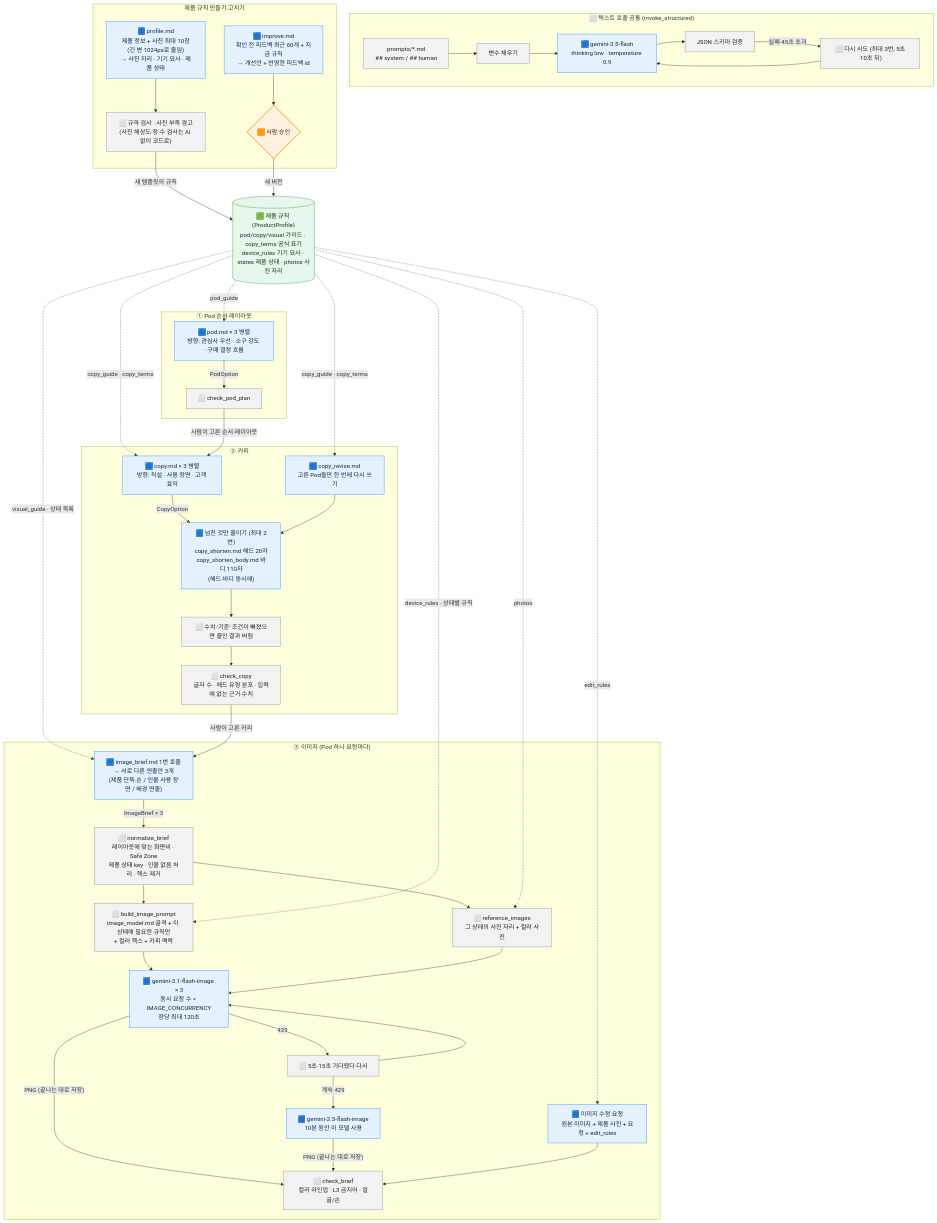
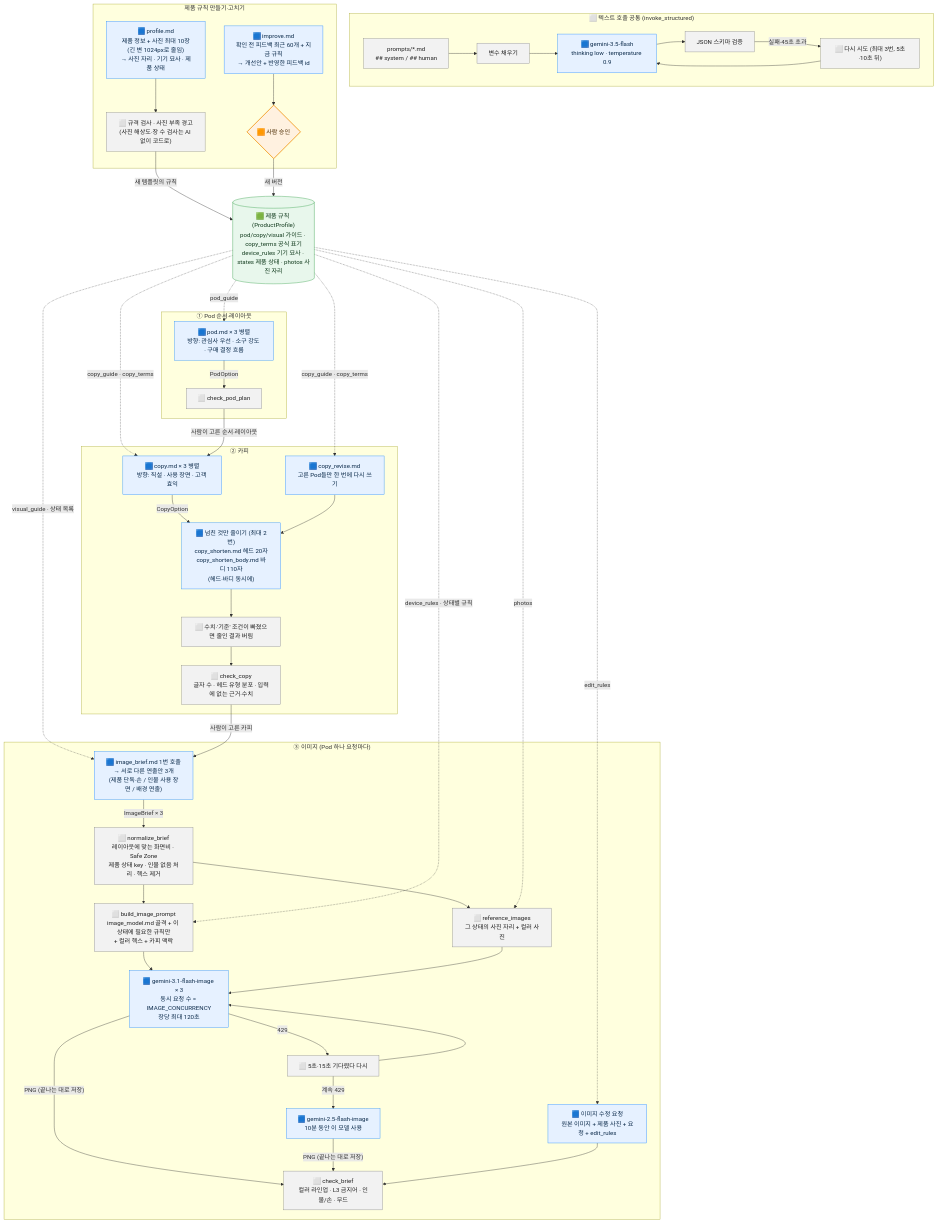
Before and after one commit to harinsd404/CRM-prototype: the third of 3 diagrams in docs/flow.md, drawn with Mermaid. The commit also changed other lines of this file and 8 other files, not shown here.

````diff
--- a/docs/flow.md
+++ b/docs/flow.md
@@ -150,59 +150,59 @@
 ```mermaid
 flowchart TD
     PROF[("🟩 제품 규칙 (ProductProfile)<br/>pod/copy/visual 가이드 · copy_terms 공식 표기<br/>device_rules 기기 묘사 · states 제품 상태 · photos 사진 자리")]
 
     subgraph COMMON["⬜ 텍스트 호출 공통 (invoke_structured)"]
         direction LR
         P0["prompts/*.md<br/>## system / ## human"] --> V0["변수 채우기"] --> M0["🟦 gemini-3.5-flash<br/>thinking low · temperature 0.9"] --> J0["JSON 스키마 검증"]
         J0 -- "실패·45초 초과" --> RT0["⬜ 다시 시도 (최대 3번, 5초·10초 뒤)"] --> M0
     end
 
     subgraph S1["① Pod 순서·레이아웃"]
         P1["🟦 pod.md × 3 병렬<br/>방향: 관심사 우선 · 소구 강도 · 구매 결정 흐름"] -- "PodOption" --> K1["⬜ check_pod_plan"]
     end
 
     subgraph S2["② 카피"]
         P2["🟦 copy.md × 3 병렬<br/>방향: 직설 · 사용 장면 · 고객 효익"] -- "CopyOption" --> SH["🟦 넘친 것만 줄이기 (최대 2번)<br/>copy_shorten.md 헤드 20자<br/>copy_shorten_body.md 바디 110자<br/>(헤드·바디 동시에)"]
         SH --> KF["⬜ 수치·'기준' 조건이 빠졌으면 줄인 결과 버림"] --> K2["⬜ check_copy<br/>글자 수 · 헤드 유형 분포 · 입력에 없는 근거·수치"]
         RV2["🟦 copy_revise.md<br/>고른 Pod들만 한 번에 다시 쓰기"] --> SH
     end
 
     subgraph S3["③ 이미지 (Pod 하나 요청마다)"]
         B3["🟦 image_brief.md 1번 호출<br/>→ 서로 다른 연출안 3개<br/>(제품 단독·손 / 인물 사용 장면 / 배경 연출)"]
         B3 -- "ImageBrief × 3" --> NB["⬜ normalize_brief<br/>레이아웃에 맞는 화면비 · Safe Zone<br/>제품 상태 key · 인물 없음 처리 · 헥스 제거"]
         NB --> BP["⬜ build_image_prompt<br/>image_model.md 골격 + 이 상태에 필요한 규칙만<br/>+ 컬러 헥스 + 카피 맥락"]
         NB --> REF["⬜ reference_images<br/>그 상태의 사진 자리 + 컬러 사진"]
         BP & REF --> IM["🟦 gemini-3.1-flash-image × 3<br/>동시 요청 수 = IMAGE_CONCURRENCY<br/>장당 최대 120초"]
         IM -- "429" --> W429["⬜ 5초·15초 기다렸다 다시"] --> IM
         W429 -- "계속 429" --> FB3["🟦 gemini-2.5-flash-image<br/>10분 동안 이 모델 사용"]
-        IM & FB3 -- "PNG (끝나는 대로 저장)" --> K3["⬜ check_brief<br/>컬러 라인업 · L3 금지어 · 얼굴/손"]
+        IM & FB3 -- "PNG (끝나는 대로 저장)" --> K3["⬜ check_brief<br/>컬러 라인업 · L3 금지어 · 인물/손 · 무드"]
         ED["🟦 이미지 수정 요청<br/>원본 이미지 + 제품 사진 + 요청 + edit_rules"] --> K3
     end
 
     subgraph SP["제품 규칙 만들기·고치기"]
         PG["🟦 profile.md<br/>제품 정보 + 사진 최대 10장(긴 변 1024px로 줄임)<br/>→ 사진 자리 · 기기 묘사 · 제품 상태"] --> PK["⬜ 규격 검사 · 사진 부족 경고<br/>(사진 해상도·장 수 검사는 AI 없이 코드로)"]
         IP["🟦 improve.md<br/>확인 전 피드백 최근 60개 + 지금 규칙<br/>→ 개선안 + 반영한 피드백 id"] --> HP2{"🟧 사람 승인"}
     end
 
     PROF -. "pod_guide" .-> P1
     PROF -. "copy_guide · copy_terms" .-> P2
     PROF -. "copy_guide · copy_terms" .-> RV2
     PROF -. "visual_guide · 상태 목록" .-> B3
     PROF -. "device_rules · 상태별 규칙" .-> BP
     PROF -. "photos" .-> REF
     PROF -. "edit_rules" .-> ED
     PK -- "새 템플릿의 규칙" --> PROF
     HP2 -- "새 버전" --> PROF
 
     K1 -- "사람이 고른 순서·레이아웃" --> P2
     K2 -- "사람이 고른 카피" --> B3
 
     classDef ai fill:#E6F1FF,stroke:#2189FF,color:#0B2A4A
     classDef code fill:#F2F2F2,stroke:#888,color:#222
     classDef human fill:#FFF1E0,stroke:#F08C00,color:#4A2A00,stroke-width:2px
     classDef data fill:#E8F7EC,stroke:#2F9E44,color:#103A1C
     class M0,P1,P2,SH,RV2,B3,IM,FB3,ED,PG,IP ai
     class P0,V0,J0,RT0,K1,KF,K2,NB,BP,REF,W429,K3,PK code
     class HP2 human
     class PROF data
 ```
````
